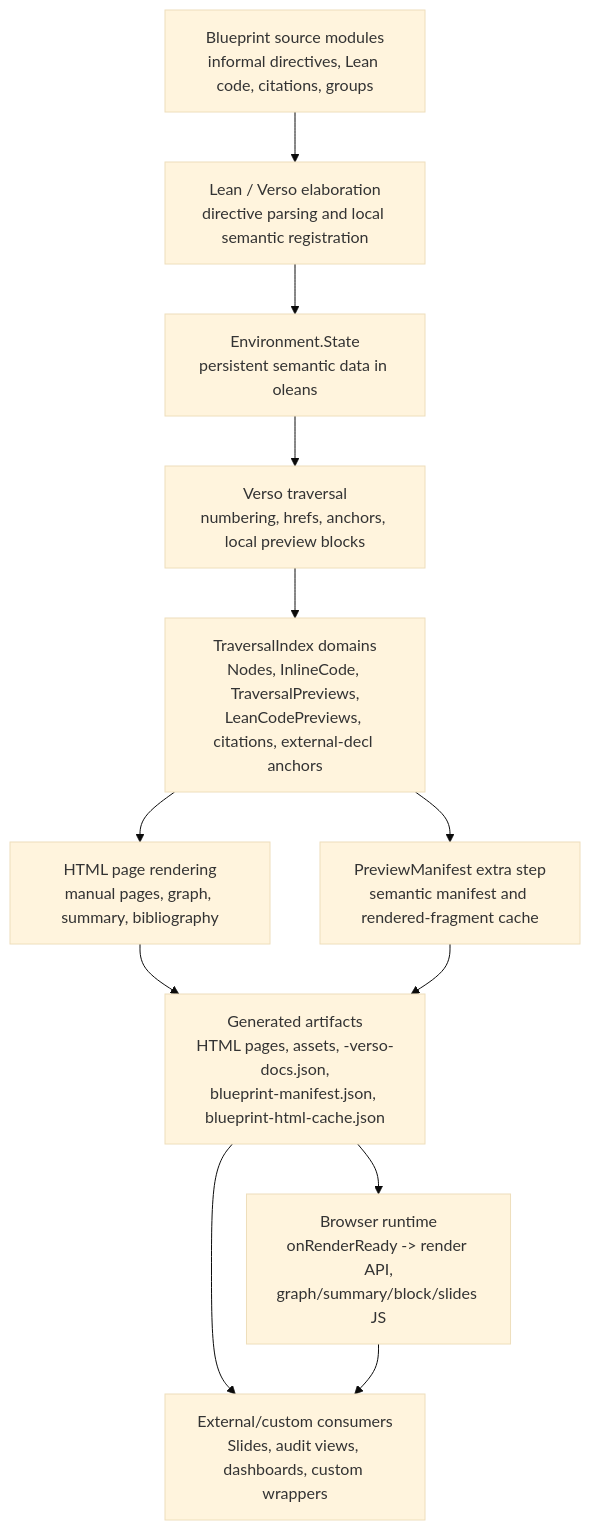
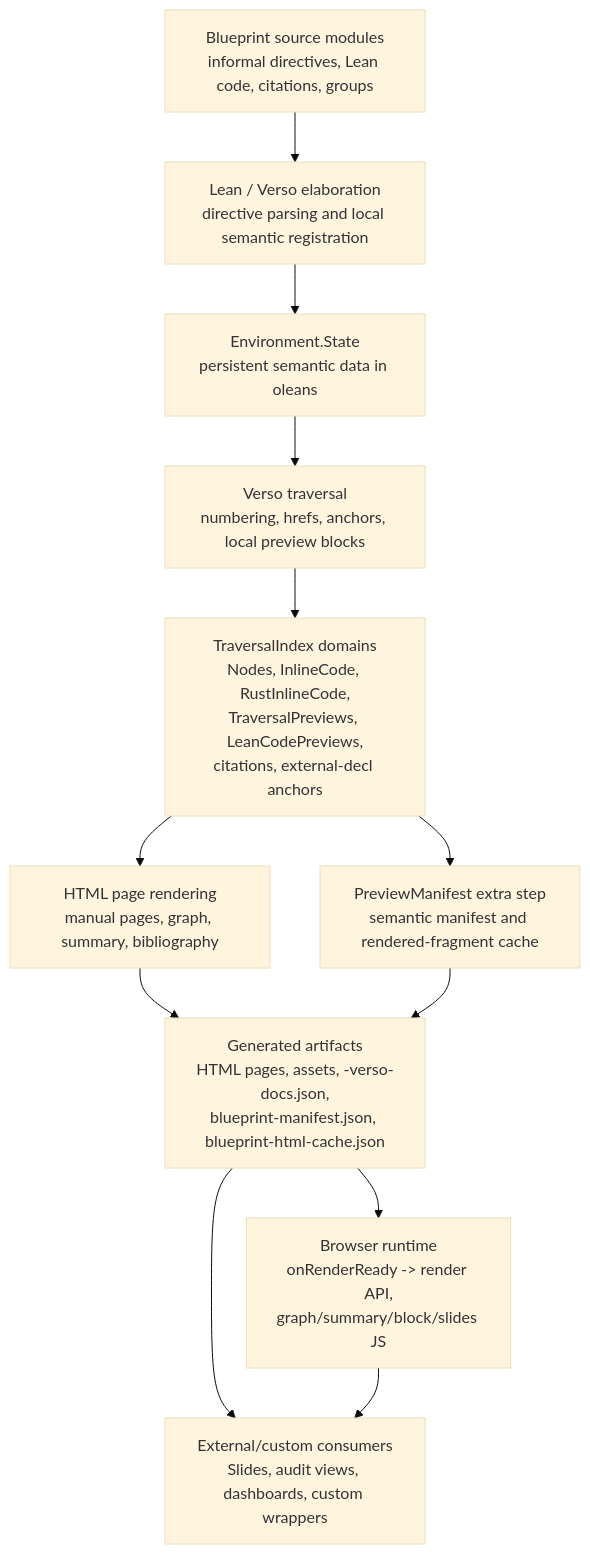
Before and after one commit to eric-vergo/Showcase: the first of 2 diagrams in doc/DESIGN_RATIONALE.md, drawn with Mermaid (base theme). The commit also changed other lines of this file and 1 other file, not shown here.

Commit message:
refactor: tidy summary sorting helpers

````diff
--- a/doc/DESIGN_RATIONALE.md
+++ b/doc/DESIGN_RATIONALE.md
@@ -143,25 +143,25 @@
 ```mermaid
 flowchart TD
   source["Blueprint source modules<br/>informal directives, Lean code, citations, groups"]
   elab["Lean / Verso elaboration<br/>directive parsing and local semantic registration"]
   env["Environment.State<br/>persistent semantic data in oleans"]
   traverse["Verso traversal<br/>numbering, hrefs, anchors, local preview blocks"]
-  indexes["TraversalIndex domains<br/>Nodes, InlineCode, TraversalPreviews,<br/>LeanCodePreviews, citations, external-decl anchors"]
+  indexes["TraversalIndex domains<br/>Nodes, InlineCode, RustInlineCode,<br/>TraversalPreviews, LeanCodePreviews,<br/>citations, external-decl anchors"]
   render["HTML page rendering<br/>manual pages, graph, summary, bibliography"]
   manifest["PreviewManifest extra step<br/>semantic manifest and rendered-fragment cache"]
   artifacts["Generated artifacts<br/>HTML pages, assets, -verso-docs.json,<br/>blueprint-manifest.json, blueprint-html-cache.json"]
   browser["Browser runtime<br/>onRenderReady -> render API,<br/>graph/summary/block/slides JS"]
   consumers["External/custom consumers<br/>Slides, audit views, dashboards, custom wrappers"]
 
   source --> elab
   elab --> env
   env --> traverse
   traverse --> indexes
   indexes --> render
   indexes --> manifest
   render --> artifacts
   manifest --> artifacts
   artifacts --> browser
   artifacts --> consumers
   browser --> consumers
 ```
````
